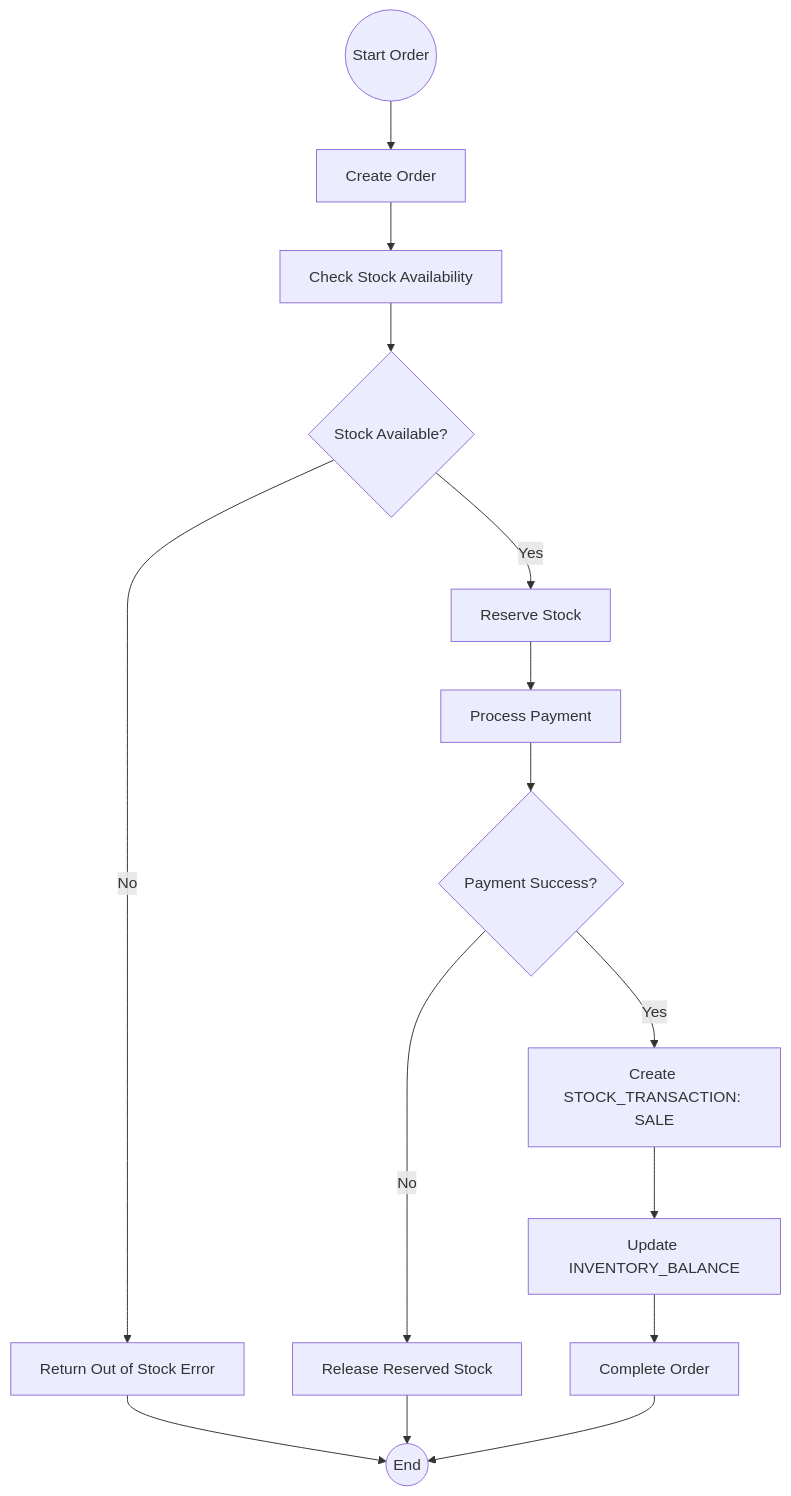
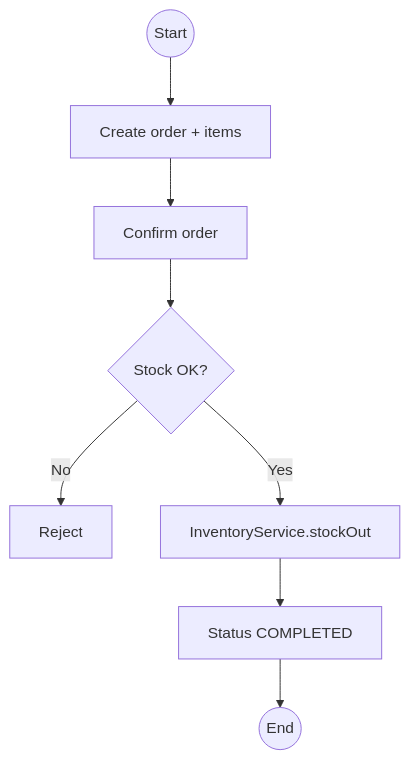
The seventh of 11 diagrams in docs/application-flow.md (kirtika-0102/StockSmart), drawn with Mermaid before and after one commit. The commit also changed other lines of this file and 74 other files, not shown here.

Commit message:
architecture of application

````diff
--- a/docs/application-flow.md
+++ b/docs/application-flow.md
@@ -176,17 +83,10 @@
 ```mermaid
 flowchart TD
-    Start((Start Order)) --> CreateOrder[Create Order]
-    CreateOrder --> CheckAvail[Check Stock Availability]
-    CheckAvail --> HasStock{Stock Available?}
-    HasStock -- No --> ReturnErr[Return Out of Stock Error]
-    ReturnErr --> End((End))
-    HasStock -- Yes --> ReserveStock[Reserve Stock]
-    ReserveStock --> ProcessPay[Process Payment]
-    ProcessPay --> PaySuccess{Payment Success?}
-    PaySuccess -- No --> ReleaseStock[Release Reserved Stock]
-    ReleaseStock --> End
-    PaySuccess -- Yes --> CreateSale[Create STOCK_TRANSACTION: SALE]
-    CreateSale --> UpdateBal[Update INVENTORY_BALANCE]
-    UpdateBal --> CompleteOrder[Complete Order]
-    CompleteOrder --> End
+    Start((Start)) --> Create[Create order + items]
+    Create --> Confirm[Confirm order]
+    Confirm --> Check{Stock OK?}
+    Check -->|No| Err[Reject]
+    Check -->|Yes| Svc[InventoryService.stockOut]
+    Svc --> Done[Status COMPLETED]
+    Done --> End((End))
 ```
````
